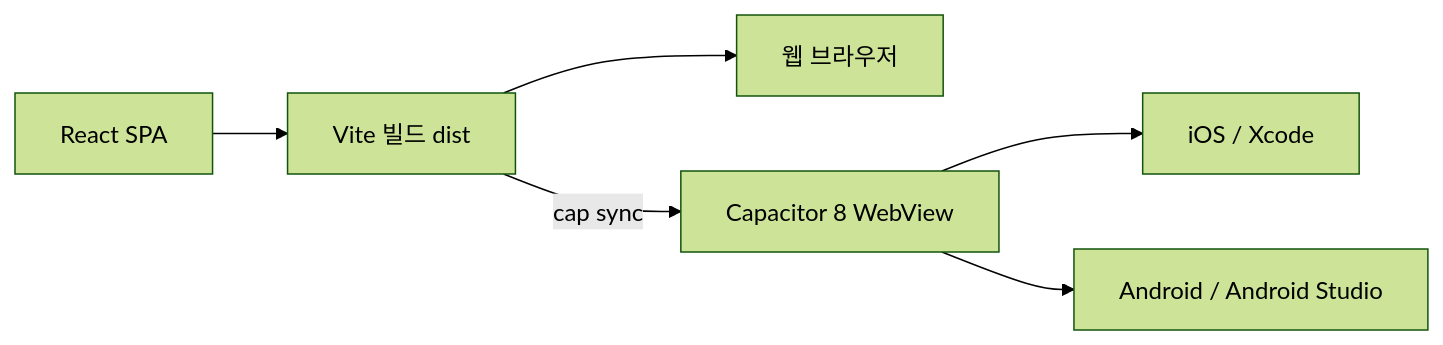
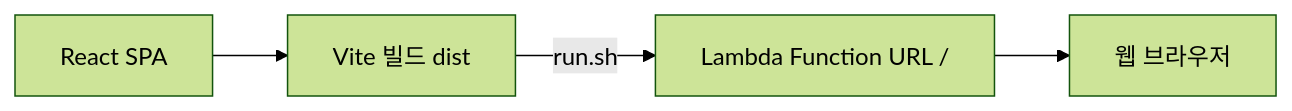
One commit to jongmin-oh/office-lunch changed the diagram in docs/frontend-stack.md. Above: the diagram before and after it, drawn with Mermaid (forest theme). The commit also changed other lines of this file and 97 other files, not shown here.

First line of the commit message:
Remove native iOS/Android app, keep web SPA only

````diff
--- a/docs/frontend-stack.md
+++ b/docs/frontend-stack.md
@@ -5,8 +5,6 @@
 ```mermaid
 flowchart LR
     A[React SPA] --> B[Vite 빌드 dist]
-    B --> C[웹 브라우저]
-    B -->|cap sync| D[Capacitor 8 WebView]
-    D --> E[iOS / Xcode]
-    D --> F[Android / Android Studio]
+    B -->|run.sh| C[Lambda Function URL /]
+    C --> D[웹 브라우저]
 ```
````
